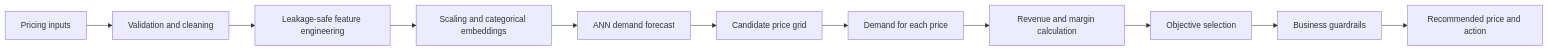
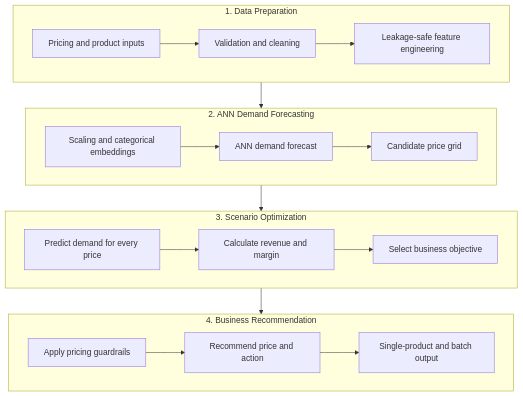
One commit to unit-mole/ann-deep-learning-projects changed the diagram in 06-dynamic-pricing-optimization/README.md. Above: the diagram before and after it, drawn with Mermaid. The commit also changed other lines of this file, not shown here.

Commit message:
Improve dynamic pricing README and add live demo

````diff
--- a/06-dynamic-pricing-optimization/README.md
+++ b/06-dynamic-pricing-optimization/README.md
@@ -96,13 +103,26 @@
 ```mermaid
-flowchart LR
-    A[Pricing inputs] --> B[Validation and cleaning]
-    B --> C[Leakage-safe feature engineering]
-    C --> D[Scaling and categorical embeddings]
-    D --> E[ANN demand forecast]
-    E --> F[Candidate price grid]
-    F --> G[Demand for each price]
-    G --> H[Revenue and margin calculation]
-    H --> I[Objective selection]
-    I --> J[Business guardrails]
-    J --> K[Recommended price and action]
+flowchart TB
+    subgraph S1["1. Data Preparation"]
+        direction LR
+        A[Pricing and product inputs] --> B[Validation and cleaning] --> C[Leakage-safe feature engineering]
+    end
+
+    subgraph S2["2. ANN Demand Forecasting"]
+        direction LR
+        D[Scaling and categorical embeddings] --> E[ANN demand forecast] --> F[Candidate price grid]
+    end
+
+    subgraph S3["3. Scenario Optimization"]
+        direction LR
+        G[Predict demand for every price] --> H[Calculate revenue and margin] --> I[Select business objective]
+    end
+
+    subgraph S4["4. Business Recommendation"]
+        direction LR
+        J[Apply pricing guardrails] --> K[Recommend price and action] --> L[Single-product and batch output]
+    end
+
+    C --> D
+    F --> G
+    I --> J
 ```
````
